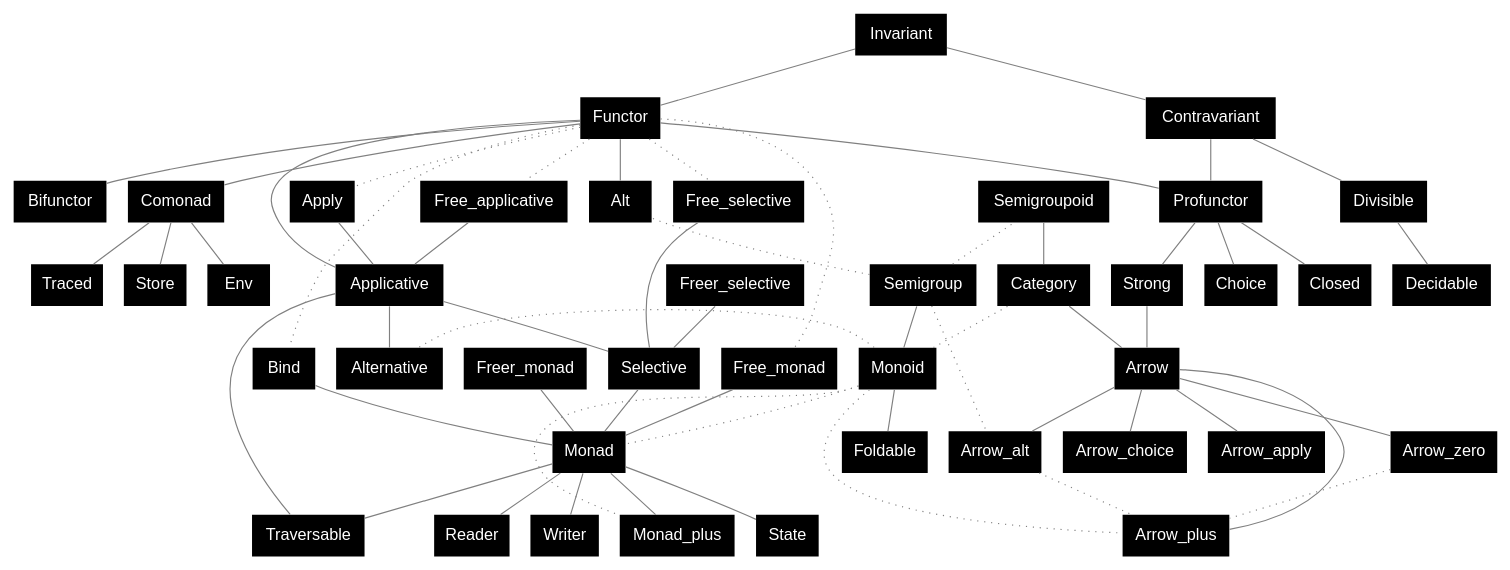
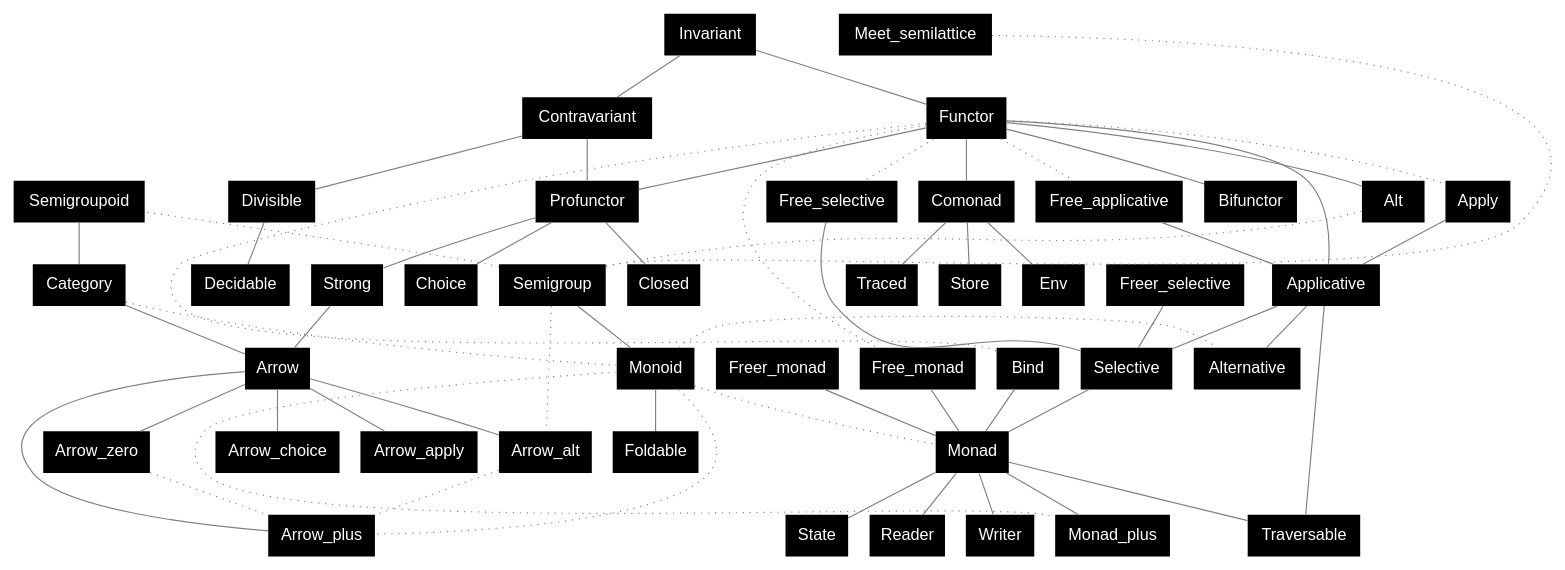
One commit to xvw/preface changed the diagram in .github/dot/specs.dot. Above: the diagram before and after it, drawn with Graphviz. The commit also changed 13 other files, not shown here.

Commit message:
Add `Meet_semilattice` abstraction

```diff
--- a/.github/dot/specs.dot
+++ b/.github/dot/specs.dot
@@ -1,74 +1,76 @@
 graph {
         node [shape=plaintext; fontname = "Helvetica"; style=filled; fillcolor=black; fontcolor=white];
         edge [color = gray];
 
         Invariant;
         Invariant -- Functor;
         Invariant -- Contravariant;
         Contravariant;
         Divisible;
         Decidable;
         Functor -- Applicative -- Selective -- Monad;
         Functor -- Apply [style=dotted; arrowhead=none; constraint=false];
         Apply -- Applicative;
         Bind -- Monad;
         Functor -- Bind [style=dotted; arrowhead=none; constraint=false];
         Applicative -- Alternative;
         Monad -- Monad_plus;
         Functor -- Alt;
         Functor -- Comonad;
         
         Semigroup -- Monoid;
         Monoid -- Alternative [style=dotted; arrowhead=none; constraint=false];
         Monoid -- Monad_plus [style=dotted; arrowhead=none; constraint=false];
         Semigroup -- Alt [style=dotted; arrowhead=none; constraint=false];
         Monoid -- Monad [style=dotted; arrowhead=none];
         Monoid -- Foldable;
 
         Functor -- Free_selective [style=dotted; arrowhead=none];
         Functor -- Free_applicative [style=dotted; arrowhead=none];
         Functor -- Free_monad [style=dotted; arrowhead=none];
         
         Free_selective -- Selective;
         Freer_selective -- Selective;
         Free_applicative -- Applicative;
         Free_monad -- Monad;
         Freer_monad -- Monad;
 
         Profunctor;
         Bifunctor;
 
         Contravariant -- Divisible -- Decidable;
         Contravariant -- Profunctor;
         Functor -- Profunctor;
         Functor -- Bifunctor;
 
         Monad -- State;
         Monad -- Reader;
         Monad -- Writer;
 
         Comonad -- Store;
         Comonad -- Env;
         Comonad -- Traced;
 
         Applicative -- Traversable;
         Monad -- Traversable;
 
         Semigroup -- Semigroupoid [style=dotted; arrowhead=none; constraint=false];
         Monoid -- Category [style=dotted; arrowhead=none; constraint=false];
         Semigroupoid -- Category
         Category -- Arrow;
         Profunctor -- Strong;
         Profunctor -- Choice;
         Profunctor -- Closed;
         Strong -- Arrow;
         Arrow -- Arrow_zero;
         Arrow -- Arrow_alt;
         Arrow -- Arrow_plus;
         Arrow -- Arrow_choice;
         Arrow -- Arrow_apply;
         Arrow_zero -- Arrow_plus [style=dotted; arrowhead=none];
         Arrow_alt -- Arrow_plus [style=dotted; arrowhead=none];
         Monoid -- Arrow_plus [style=dotted; arrowhead=none];
         Semigroup -- Arrow_alt [style=dotted; arrowhead=none];
+
+        Meet_semilattice -- Semigroup [style=dotted; arrowhead=none; constraint=false];
 }
```
